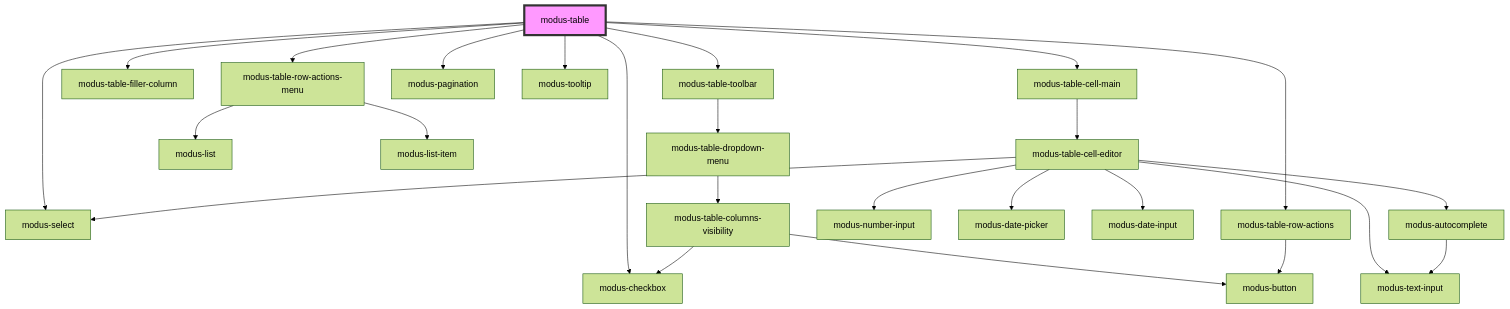
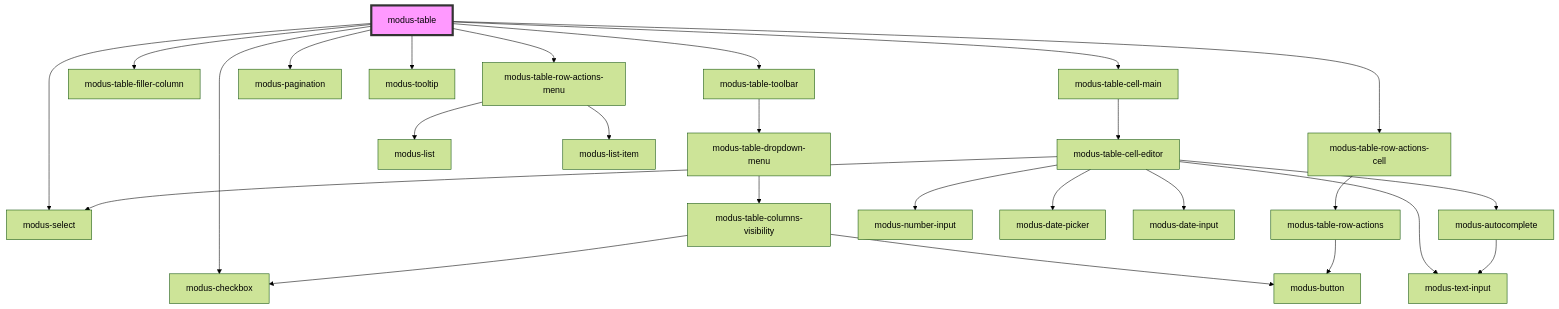
The diagram in stencil-workspace/src/components/modus-table/readme.md (trimble-oss/modus-web-components), drawn with Mermaid (forest theme) before and after one commit. The commit also changed other lines of this file and 10 other files, not shown here.

````diff
--- a/stencil-workspace/src/components/modus-table/readme.md
+++ b/stencil-workspace/src/components/modus-table/readme.md
@@ -97,28 +97,29 @@
 ```mermaid
 graph TD;
   modus-table --> modus-table-toolbar
   modus-table --> modus-table-filler-column
   modus-table --> modus-table-row-actions-menu
   modus-table --> modus-select
   modus-table --> modus-pagination
   modus-table --> modus-tooltip
   modus-table --> modus-checkbox
-  modus-table --> modus-table-row-actions
+  modus-table --> modus-table-row-actions-cell
   modus-table --> modus-table-cell-main
   modus-table-toolbar --> modus-table-dropdown-menu
   modus-table-dropdown-menu --> modus-table-columns-visibility
   modus-table-columns-visibility --> modus-checkbox
   modus-table-columns-visibility --> modus-button
   modus-table-row-actions-menu --> modus-list
   modus-table-row-actions-menu --> modus-list-item
+  modus-table-row-actions-cell --> modus-table-row-actions
   modus-table-row-actions --> modus-button
   modus-table-cell-main --> modus-table-cell-editor
   modus-table-cell-editor --> modus-number-input
   modus-table-cell-editor --> modus-text-input
   modus-table-cell-editor --> modus-select
   modus-table-cell-editor --> modus-date-picker
   modus-table-cell-editor --> modus-date-input
   modus-table-cell-editor --> modus-autocomplete
   modus-autocomplete --> modus-text-input
   style modus-table fill:#f9f,stroke:#333,stroke-width:4px
 ```
````
